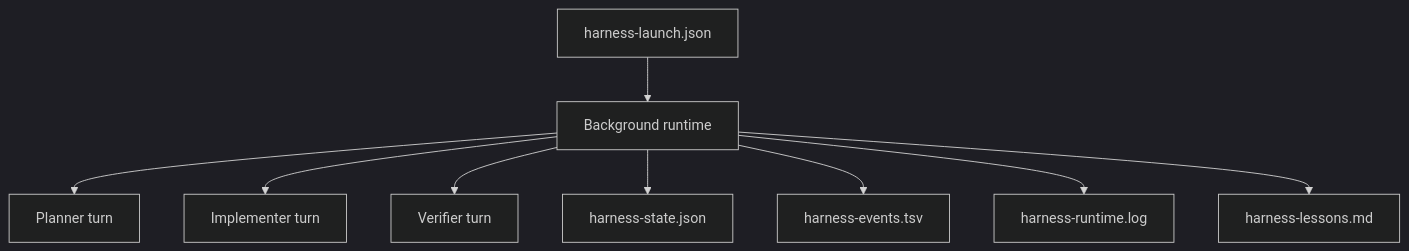
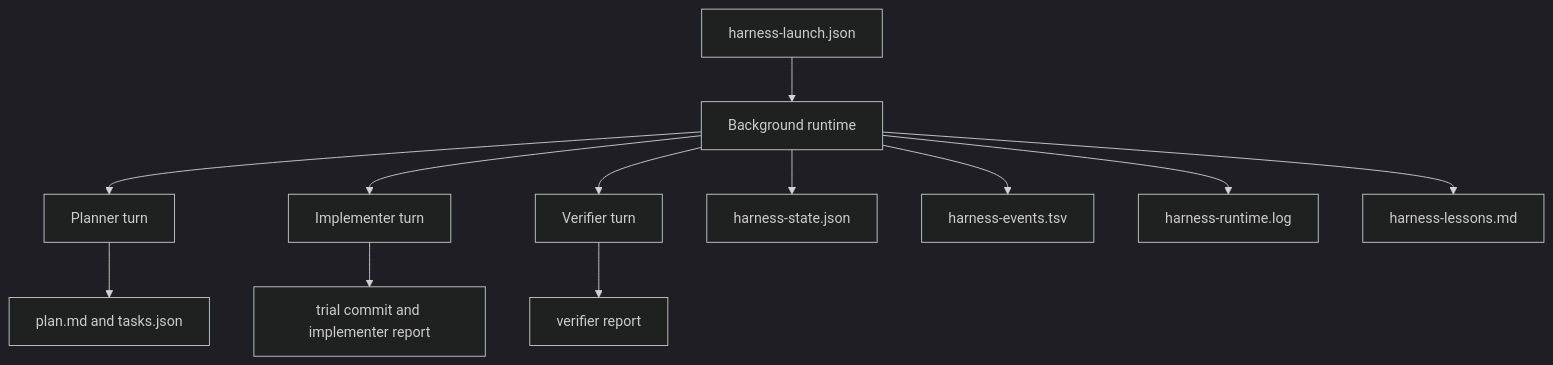
One commit to 0xabrar/harness changed the second of 2 diagrams in README.md. Above: the diagram before and after it, drawn with Mermaid (dark theme). The commit also changed other lines of this file, not shown here.

Commit message:
docs(readme): clarify harness loop diagrams

````diff
--- a/README.md
+++ b/README.md
@@ -81,11 +82,14 @@
 ```mermaid
 flowchart TD
     A[harness-launch.json] --> B[Background runtime]
     B --> C[Planner turn]
     B --> D[Implementer turn]
     B --> E[Verifier turn]
-    B --> F[harness-state.json]
-    B --> G[harness-events.tsv]
-    B --> H[harness-runtime.log]
-    B --> I[harness-lessons.md]
+    C --> F[plan.md and tasks.json]
+    D --> G[trial commit and implementer report]
+    E --> H[verifier report]
+    B --> I[harness-state.json]
+    B --> J[harness-events.tsv]
+    B --> K[harness-runtime.log]
+    B --> L[harness-lessons.md]
 ```
````
